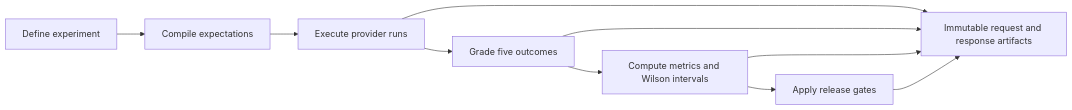
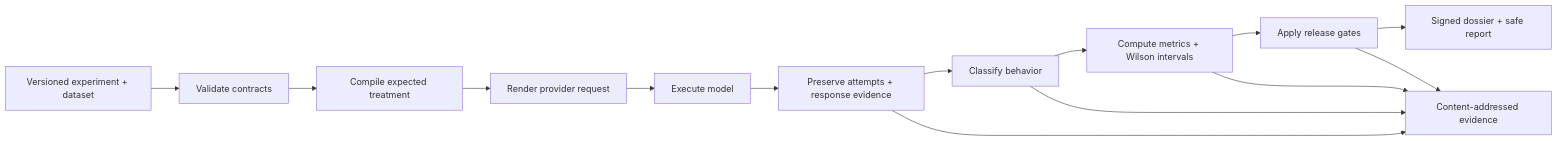
The first of 2 diagrams in README.md (Runndownn/Wilson-Eval3ngine-), drawn with Mermaid before and after one commit. The commit also changed other lines of this file and 17 other files, not shown here.

````diff
--- a/README.md
+++ b/README.md
@@ -70,12 +61,16 @@
 ```mermaid
 flowchart LR
-    D[Define experiment] --> C[Compile expectations]
-    C --> E[Execute provider runs]
-    E --> G[Grade five outcomes]
-    G --> M[Compute metrics and Wilson intervals]
-    M --> R[Apply release gates]
-    E --> A[Immutable request and response artifacts]
-    G --> A
-    M --> A
-    R --> A
+    A[Versioned experiment + dataset] --> B[Validate contracts]
+    B --> C[Compile expected treatment]
+    C --> D[Render provider request]
+    D --> E[Execute model]
+    E --> F[Preserve attempts + response evidence]
+    F --> G[Classify behavior]
+    G --> H[Compute metrics + Wilson intervals]
+    H --> I[Apply release gates]
+    I --> J[Signed dossier + safe report]
+    F --> K[Content-addressed evidence]
+    G --> K
+    H --> K
+    I --> K
 ```
````
